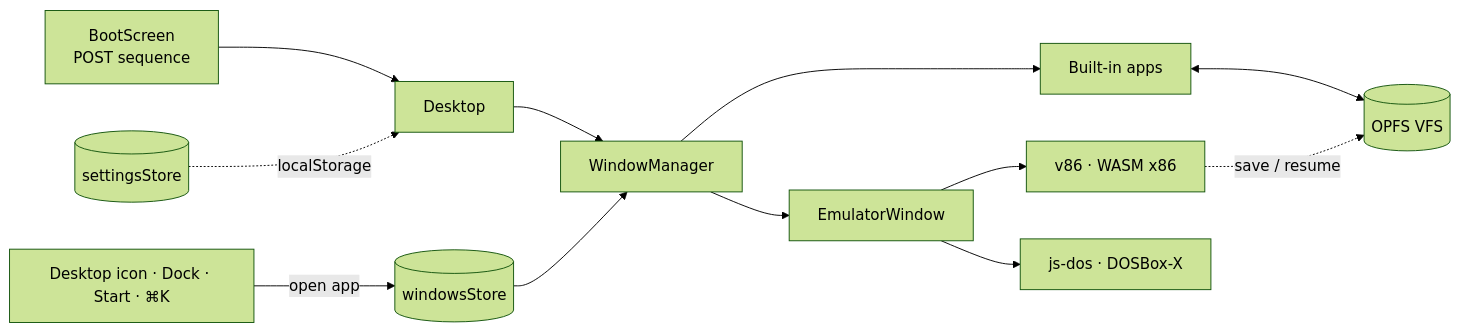
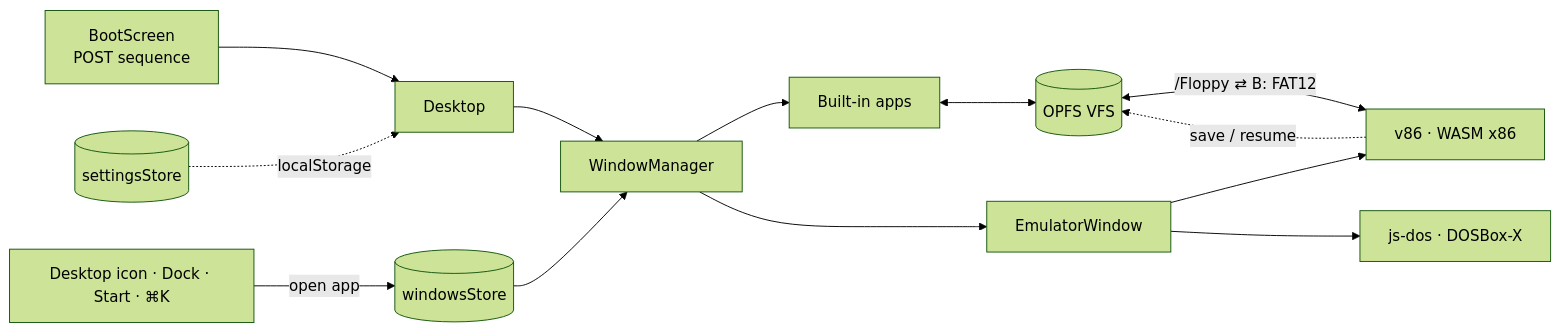
Before and after one commit to kutluhangil/Cathode: the diagram in README.md, drawn with Mermaid (forest theme). The commit also changed other lines of this file and 37 other files, not shown here.

````diff
--- a/README.md
+++ b/README.md
@@ -182,14 +191,15 @@
 ```mermaid
 flowchart LR
     Boot[BootScreen<br/>POST sequence] --> Desk[Desktop]
     Desk --> WM[WindowManager]
     Entry["Desktop icon · Dock · Start · ⌘K"] -->|open app| WS[(windowsStore)]
     WS --> WM
     WM --> Apps[Built-in apps]
     WM --> Emu[EmulatorWindow]
     Emu --> V86[v86 · WASM x86]
     Emu --> DOS[js-dos · DOSBox-X]
     Apps <--> FS[(OPFS VFS)]
     V86 -. save / resume .-> FS
+    FS <-->|/Floppy ⇄ B: FAT12| V86
     Set[(settingsStore)] -. localStorage .-> Desk
 ```
````
